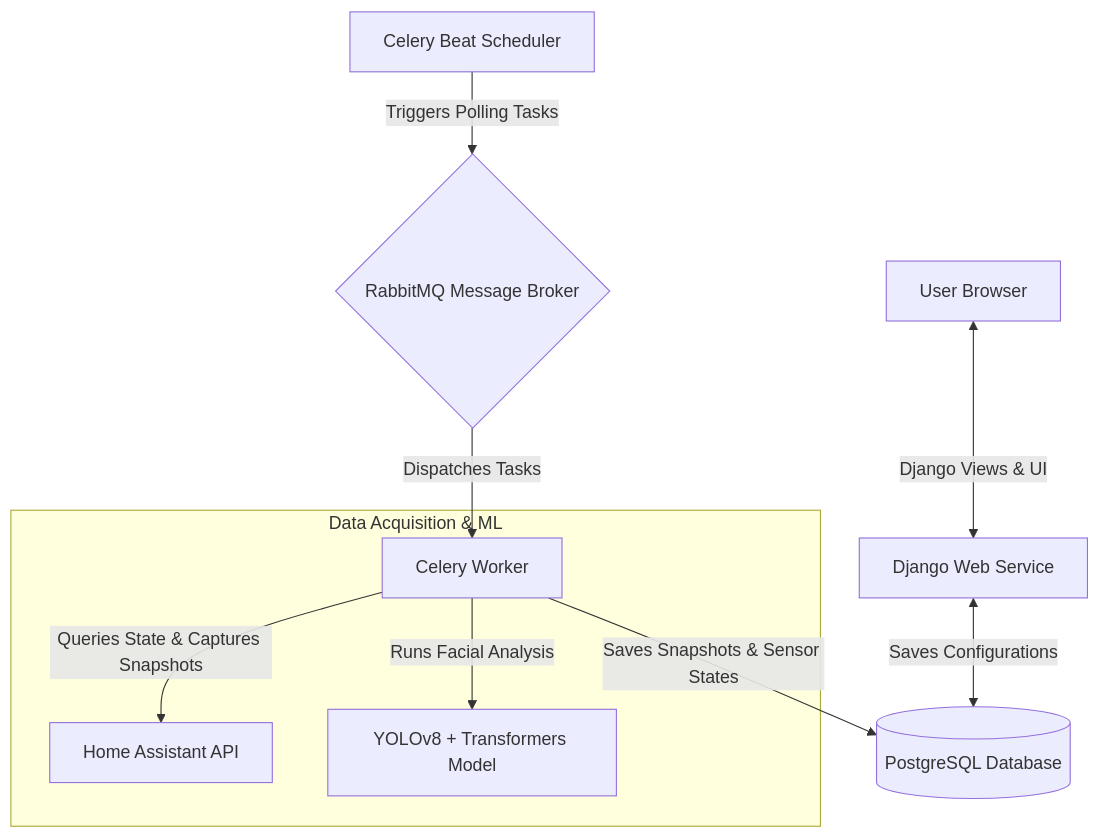
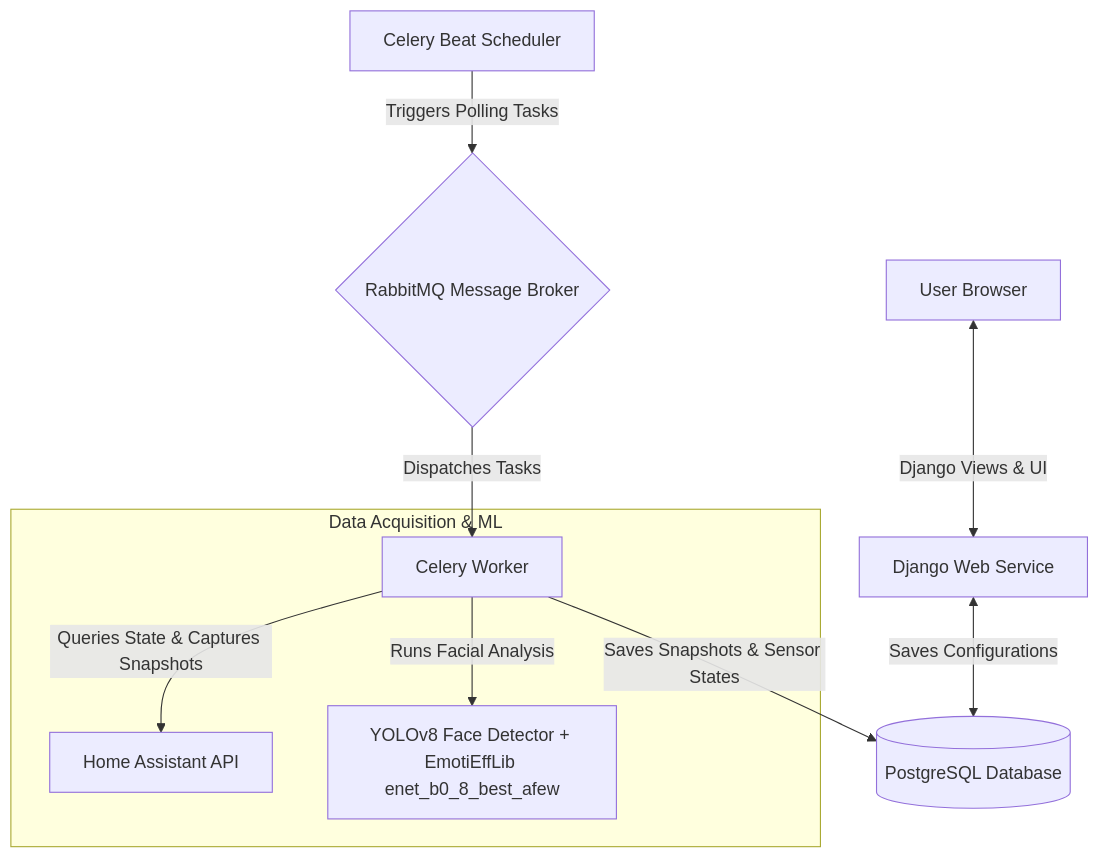
Before and after one commit to adrian-wozniak-wat/shere: the diagram in readme.md, drawn with Mermaid. The commit also changed other lines of this file and 2 other files, not shown here.

````diff
--- a/readme.md
+++ b/readme.md
@@ -24,14 +24,14 @@
 ```mermaid
 graph TD
     User[User Browser] <-->|Django Views & UI| Web[Django Web Service]
     Web <-->|Saves Configurations| DB[(PostgreSQL Database)]
     CeleryBeat[Celery Beat Scheduler] -->|Triggers Polling Tasks| RabbitMQ{RabbitMQ Message Broker}
     RabbitMQ -->|Dispatches Tasks| CeleryWorker[Celery Worker]
     
     subgraph Data Acquisition & ML
         CeleryWorker -->|Queries State & Captures Snapshots| HA[Home Assistant API]
-        CeleryWorker -->|Runs Facial Analysis| ML[YOLOv8 + Transformers Model]
+        CeleryWorker -->|Runs Facial Analysis| ML["YOLOv8 Face Detector + EmotiEffLib enet_b0_8_best_afew"]
     end
     
     CeleryWorker -->|Saves Snapshots & Sensor States| DB
 ```
````
